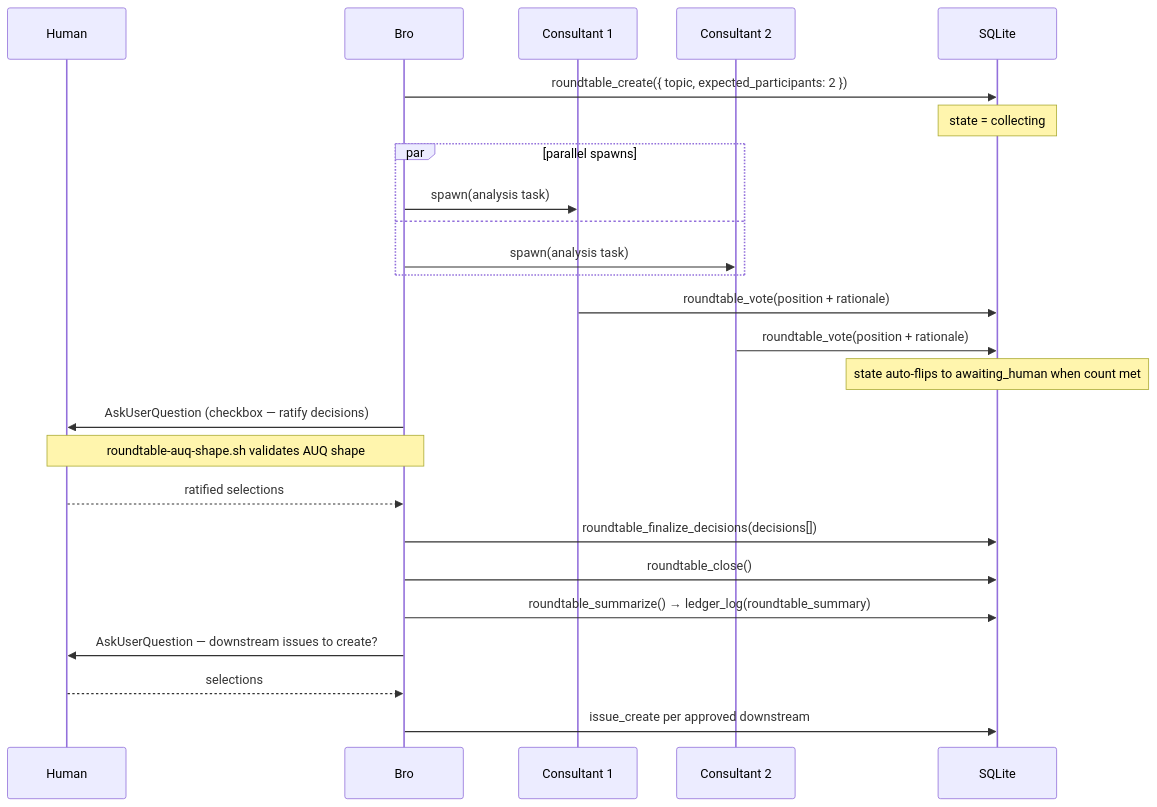
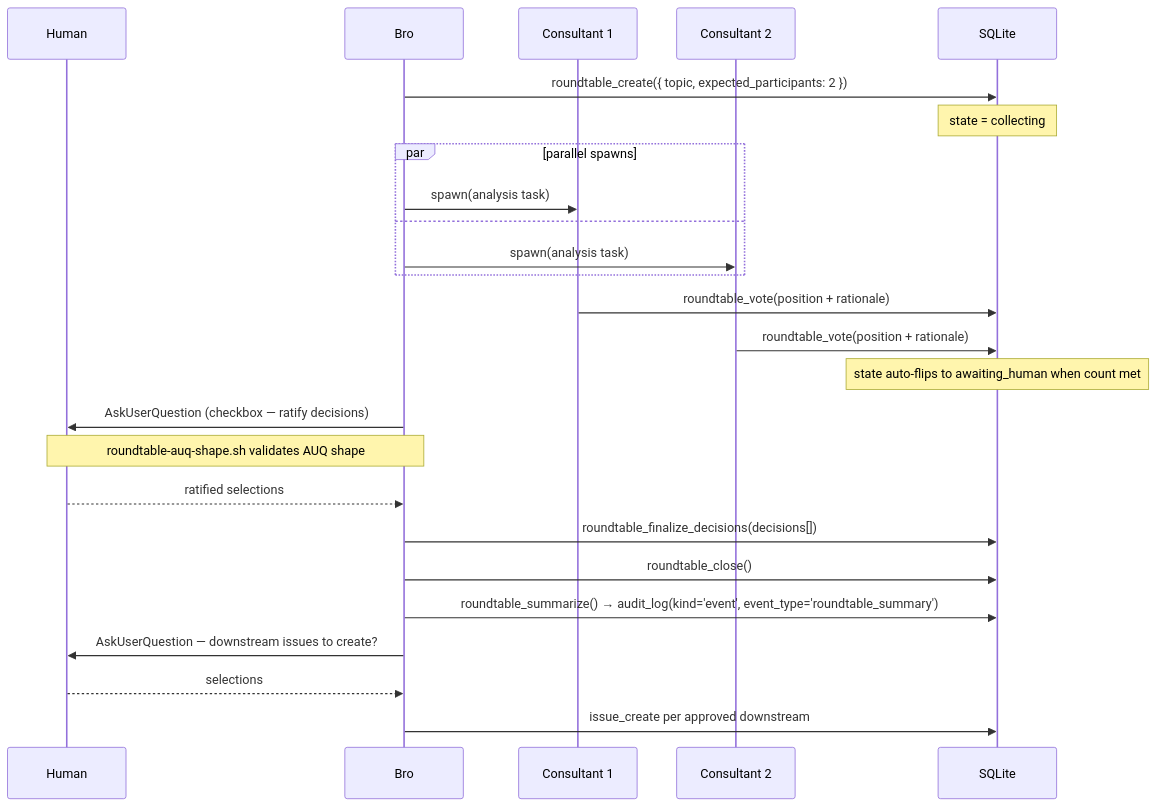
The ninth of 12 diagrams in docs/architecture/FLOWS.md (trustmybot/plugin), drawn with Mermaid before and after one commit. The commit also changed other lines of this file and 88 other files, not shown here.

Commit message:
♻️ refactor(170): merge ledger into audit with kind discriminator (BREAKING)

````diff
--- a/docs/architecture/FLOWS.md
+++ b/docs/architecture/FLOWS.md
@@ -588,28 +587,28 @@
 ```mermaid
 sequenceDiagram
     participant H as Human
     participant B as Bro
     participant C1 as Consultant 1
     participant C2 as Consultant 2
     participant DB as SQLite
 
     B->>DB: roundtable_create({ topic, expected_participants: 2 })
     Note over DB: state = collecting
     par parallel spawns
         B->>C1: spawn(analysis task)
     and
         B->>C2: spawn(analysis task)
     end
     C1->>DB: roundtable_vote(position + rationale)
     C2->>DB: roundtable_vote(position + rationale)
     Note over DB: state auto-flips to awaiting_human when count met
     B->>H: AskUserQuestion (checkbox — ratify decisions)
     Note over H,B: roundtable-auq-shape.sh validates AUQ shape
     H-->>B: ratified selections
     B->>DB: roundtable_finalize_decisions(decisions[])
     B->>DB: roundtable_close()
-    B->>DB: roundtable_summarize() → ledger_log(roundtable_summary)
+    B->>DB: roundtable_summarize() → audit_log(kind='event', event_type='roundtable_summary')
     B->>H: AskUserQuestion — downstream issues to create?
     H-->>B: selections
     B->>DB: issue_create per approved downstream
 ```
````
